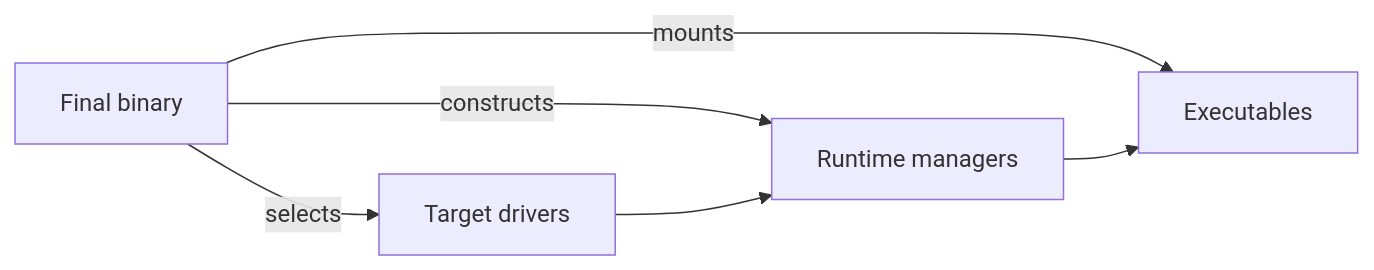
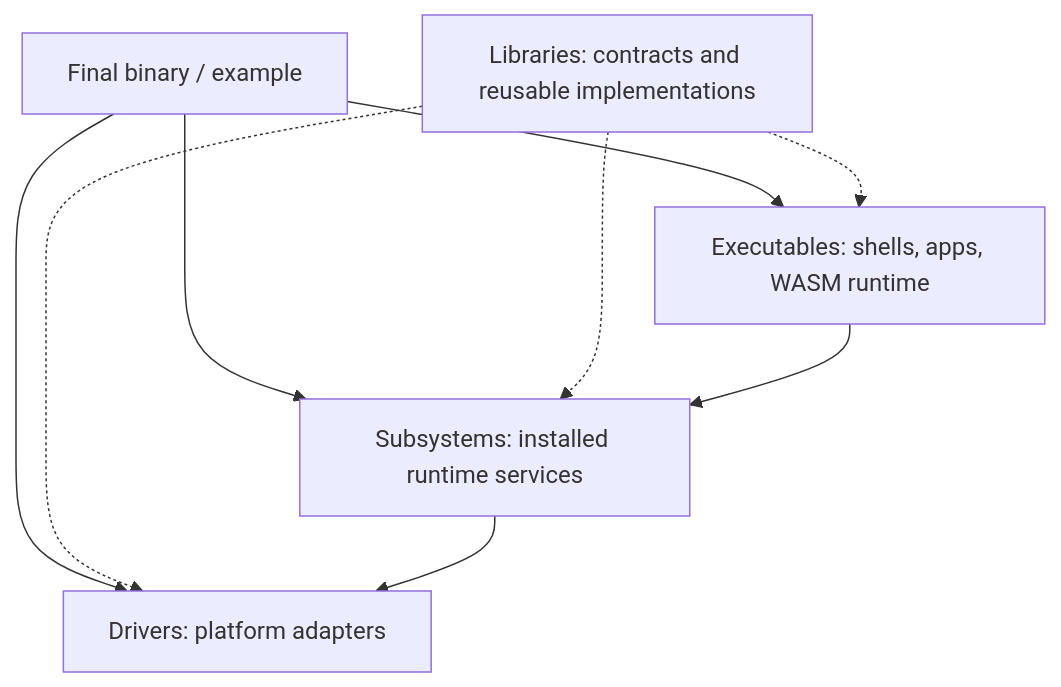
Before and after one commit to Xila-Project/Website: the diagram in src/explanation/architecture/index.md, drawn with Mermaid. The commit also changed other lines of this file and 47 other files, not shown here.

First line of the commit message:
docs: align architecture taxonomy with Core subsystems and libraries (#408) (#58)

````diff
--- a/src/explanation/architecture/index.md
+++ b/src/explanation/architecture/index.md
@@ -42,8 +13,11 @@
 ```mermaid
-flowchart LR
-    Binary[Final binary] -->|constructs| Managers[Runtime managers]
-    Binary -->|selects| Drivers[Target drivers]
-    Binary -->|mounts| Executables[Executables]
-    Managers --> Executables
-    Drivers --> Managers
+flowchart TB
+    Binary[Final binary / example] --> Subsystems[Subsystems: installed runtime services]
+    Binary --> Drivers[Drivers: platform adapters]
+    Binary --> Executables[Executables: shells, apps, WASM runtime]
+    Libraries[Libraries: contracts and reusable implementations] -.-> Subsystems
+    Libraries -.-> Drivers
+    Libraries -.-> Executables
+    Executables --> Subsystems
+    Subsystems --> Drivers
 ```
````
